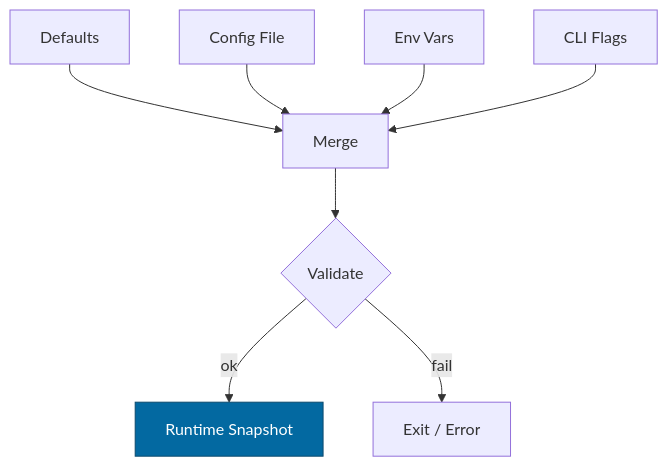
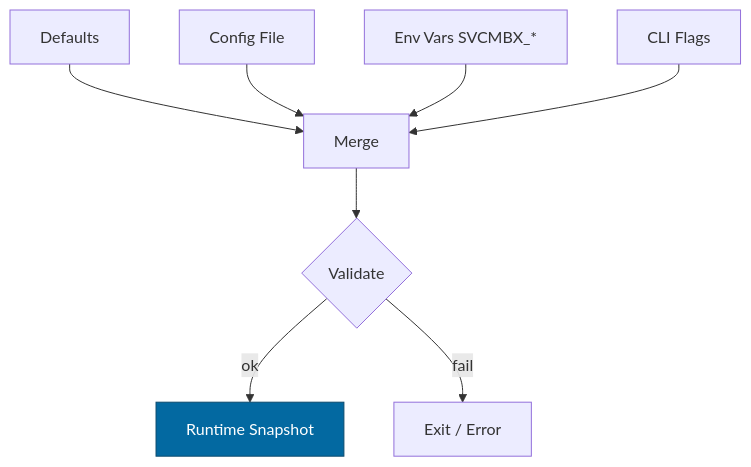
Before and after one commit to Y3LLOWVESTS/rustyonions: the diagram in crates/svc-mailbox/docs/CONFIG.MD, drawn with Mermaid. The commit also changed other lines of this file and 73 other files, not shown here.

````diff
--- a/crates/svc-mailbox/docs/CONFIG.MD
+++ b/crates/svc-mailbox/docs/CONFIG.MD
@@ -291,11 +548,11 @@
 ```mermaid
 flowchart TB
   A[Defaults] --> D[Merge]
   B[Config File] --> D
-  C[Env Vars] --> D
+  C[Env Vars SVCMBX_*] --> D
   E[CLI Flags] --> D
   D --> V{Validate}
   V -- ok --> R[Runtime Snapshot]
   V -- fail --> X[Exit / Error]
   style R fill:#0369a1,stroke:#0c4a6e,color:#fff
 ```
````
